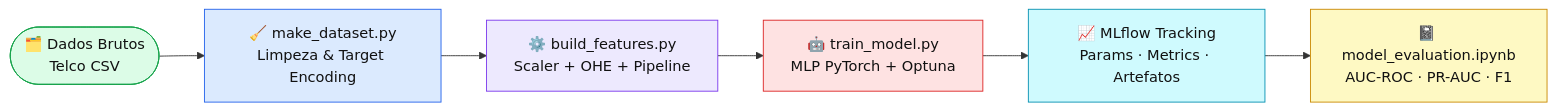
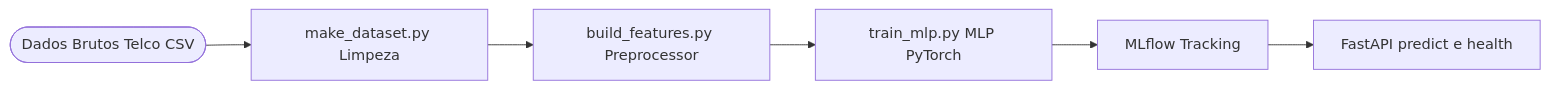
The second of 3 diagrams in README.md (Henry3151/Churn_Prediction_Advanced_Models_Optimized), drawn with Mermaid before and after one commit. The commit also changed other lines of this file and 9 other files, not shown here.

Commit message:
feat: churn prediction MLP + FastAPI + MLflow + 22 testes

````diff
--- a/README.md
+++ b/README.md
@@ -163,16 +136,9 @@
 ```mermaid
 flowchart LR
-    A([🗂️ Dados Brutos\nTelco CSV])
-    --> B[🧹 make_dataset.py\nLimpeza & Target Encoding]
-    --> C[⚙️ build_features.py\nScaler + OHE + Pipeline]
-    --> D[🤖 train_model.py\nMLP PyTorch + Optuna]
-    --> E[📈 MLflow Tracking\nParams · Metrics · Artefatos]
-    --> F[📓 model_evaluation.ipynb\nAUC-ROC · PR-AUC · F1]
-
-    style A fill:#dcfce7,stroke:#16a34a,color:#111111
-    style B fill:#dbeafe,stroke:#2563eb,color:#111111
-    style C fill:#ede9fe,stroke:#7c3aed,color:#111111
-    style D fill:#fee2e2,stroke:#dc2626,color:#111111
-    style E fill:#cffafe,stroke:#0891b2,color:#111111
-    style F fill:#fef9c3,stroke:#ca8a04,color:#111111
+    A([Dados Brutos Telco CSV])
+    --> B[make_dataset.py Limpeza]
+    --> C[build_features.py Preprocessor]
+    --> D[train_mlp.py MLP PyTorch]
+    --> E[MLflow Tracking]
+    --> F[FastAPI predict e health]
 ```
````
